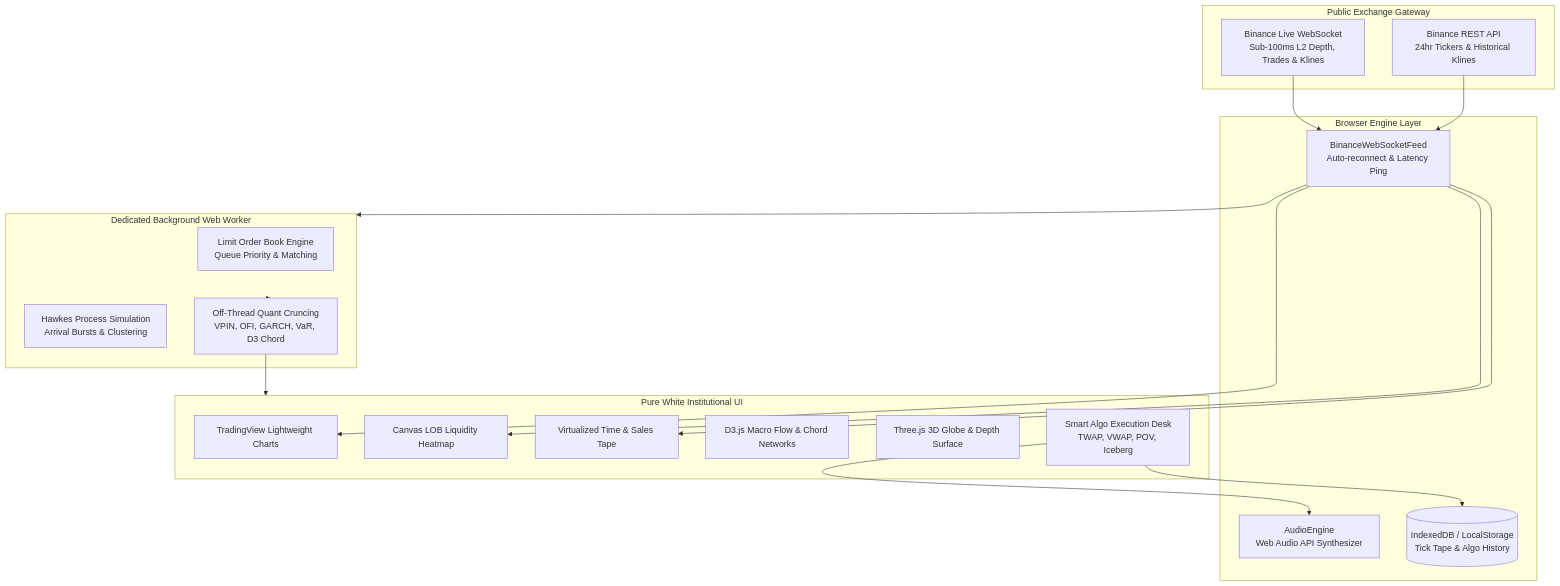
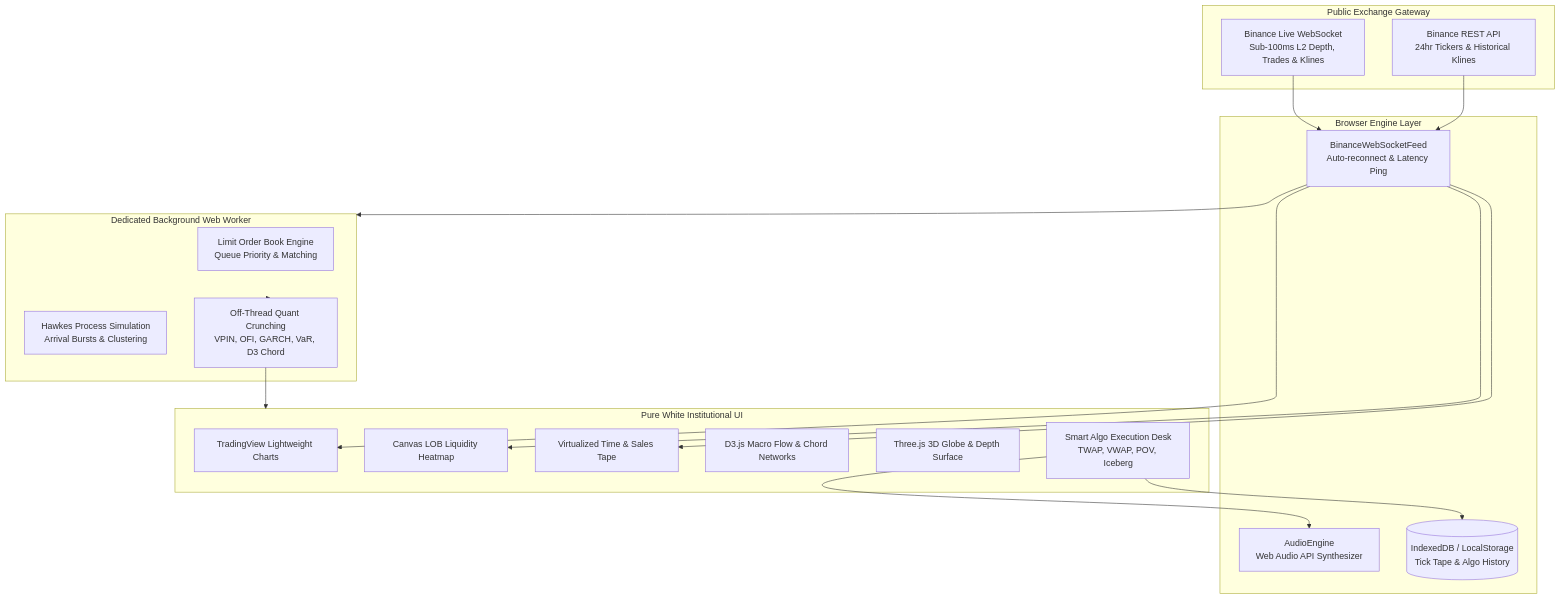
The diagram in README.md (Novartus/Hermex-Terminal), drawn with Mermaid before and after one commit. The commit also changed other lines of this file and 17 other files, not shown here.

````diff
--- a/README.md
+++ b/README.md
@@ -36,39 +48,39 @@
 ```mermaid
 flowchart TD
     subgraph LiveExchange [Public Exchange Gateway]
         WS[Binance Live WebSocket\nSub-100ms L2 Depth, Trades & Klines]
         REST[Binance REST API\n24hr Tickers & Historical Klines]
     end
 
     subgraph ClientCore [Browser Engine Layer]
         Feed[BinanceWebSocketFeed\nAuto-reconnect & Latency Ping]
         Audio[AudioEngine\nWeb Audio API Synthesizer]
         DB[(IndexedDB / LocalStorage\nTick Tape & Algo History)]
     end
 
     subgraph WorkerLayer [Dedicated Background Web Worker]
         LOB[Limit Order Book Engine\nQueue Priority & Matching]
         Hawkes[Hawkes Process Simulation\nArrival Bursts & Clustering]
-        Quant[Off-Thread Quant Cruncing\nVPIN, OFI, GARCH, VaR, D3 Chord]
+        Quant[Off-Thread Quant Crunching\nVPIN, OFI, GARCH, VaR, D3 Chord]
     end
 
     subgraph Presentation [Pure White Institutional UI]
         TV[TradingView Lightweight Charts]
         Heatmap[Canvas LOB Liquidity Heatmap]
         Tape[Virtualized Time & Sales Tape]
         D3[D3.js Macro Flow & Chord Networks]
         Three[Three.js 3D Globe & Depth Surface]
         OrderDesk[Smart Algo Execution Desk\nTWAP, VWAP, POV, Iceberg]
     end
 
     WS --> Feed
     REST --> Feed
     Feed --> WorkerLayer
     WorkerLayer --> Quant
     Quant --> Presentation
     Feed --> Tape
     Feed --> TV
     Feed --> Heatmap
     OrderDesk --> Audio
     OrderDesk --> DB
 ```
````
